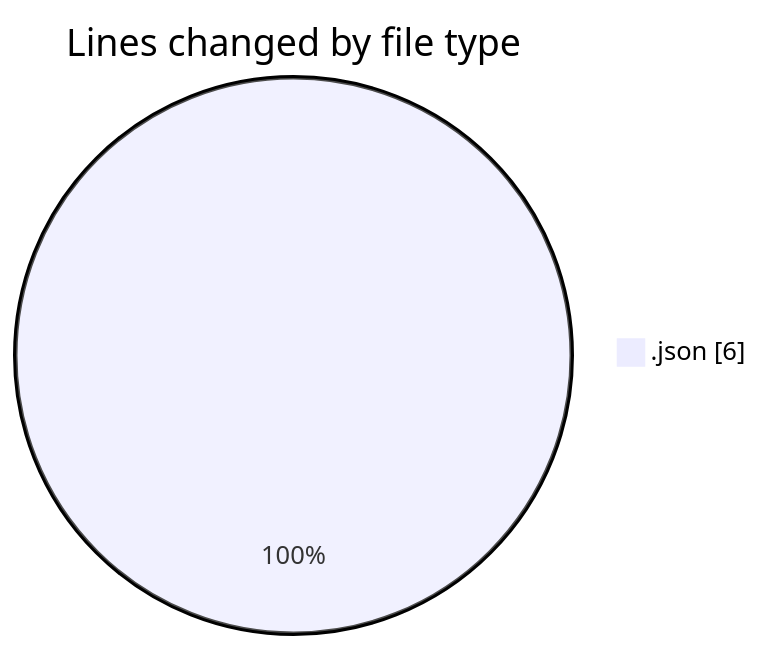
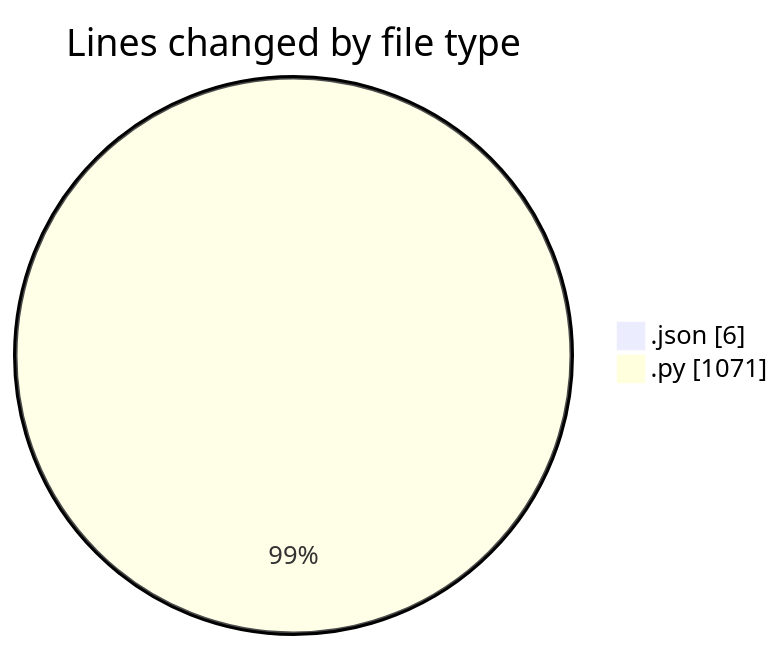
The first of 2 diagrams in 2025-07-16/telebot/README.md (jrari/code-tracking), drawn with Mermaid before and after one commit. The commit also changed other lines of this file and 1 other file, not shown here.

````diff
--- a/2025-07-16/telebot/README.md
+++ b/2025-07-16/telebot/README.md
@@ -20,5 +21,6 @@
 ```mermaid
 pie showData
 title Lines changed by file type
 ".json" : 6
+".py" : 1071
 ```
````
